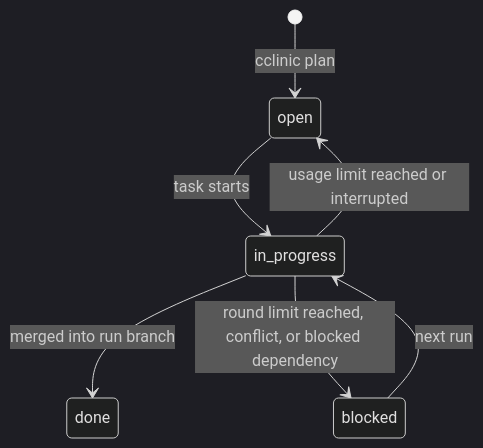
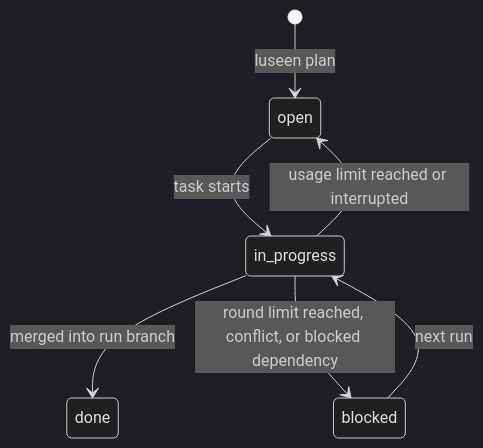
Before and after one commit to Hayko97/cclinic: the ninth of 10 diagrams in AUTO_FLOW.md, drawn with Mermaid (dark theme). The commit also changed other lines of this file and 311 other files, not shown here.

````diff
--- a/AUTO_FLOW.md
+++ b/AUTO_FLOW.md
@@ -260,9 +260,9 @@
 ```mermaid
 stateDiagram-v2
-    [*] --> open: cclinic plan
+    [*] --> open: luseen plan
     open --> in_progress: task starts
     blocked --> in_progress: next run
     in_progress --> done: merged into run branch
     in_progress --> blocked: round limit reached, conflict, or blocked dependency
     in_progress --> open: usage limit reached or interrupted
 ```
````
